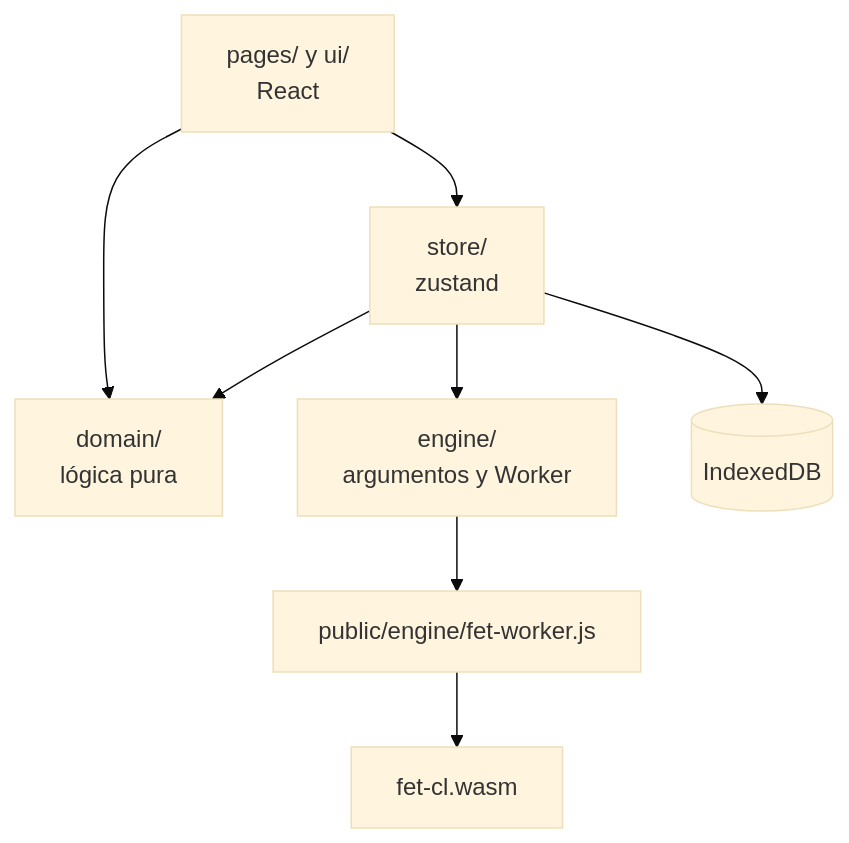
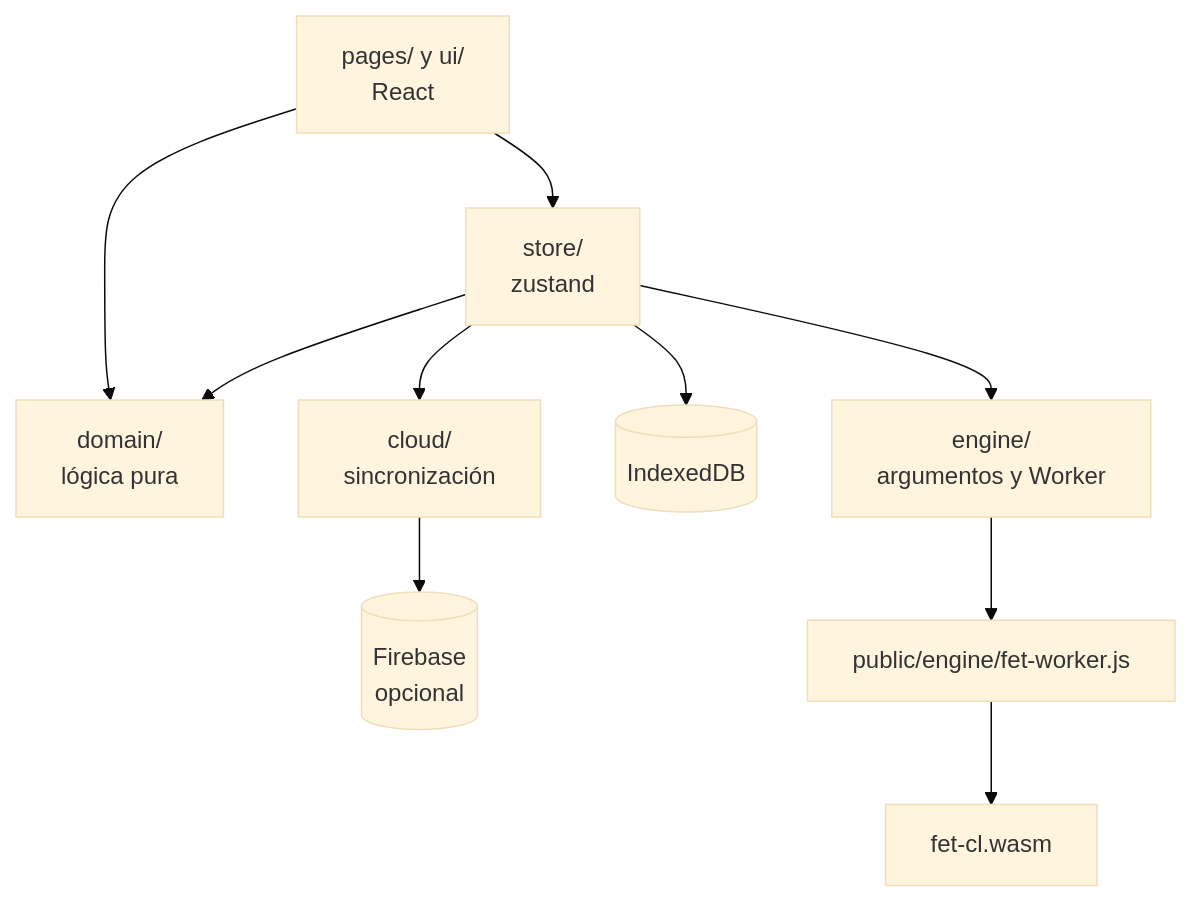
One commit to ffigueroa11/horarios-web changed the first of 2 diagrams in docs/arquitectura.md. Above: the diagram before and after it, drawn with Mermaid (base theme). The commit also changed other lines of this file and 26 other files, not shown here.

First line of the commit message:
Agregar cuentas opcionales y sincronización con Firebase

````diff
--- a/docs/arquitectura.md
+++ b/docs/arquitectura.md
@@ -16,10 +18,12 @@
 ```mermaid
 flowchart TD
   pages["pages/ y ui/<br/>React"] --> store["store/<br/>zustand"]
   pages --> domain["domain/<br/>lógica pura"]
   store --> domain
   store --> engine["engine/<br/>argumentos y Worker"]
   store --> idb[("IndexedDB")]
+  store --> cloud["cloud/<br/>sincronización"]
+  cloud --> firebase[("Firebase<br/>opcional")]
   engine --> worker["public/engine/fet-worker.js"]
   worker --> wasm["fet-cl.wasm"]
 ```
````
